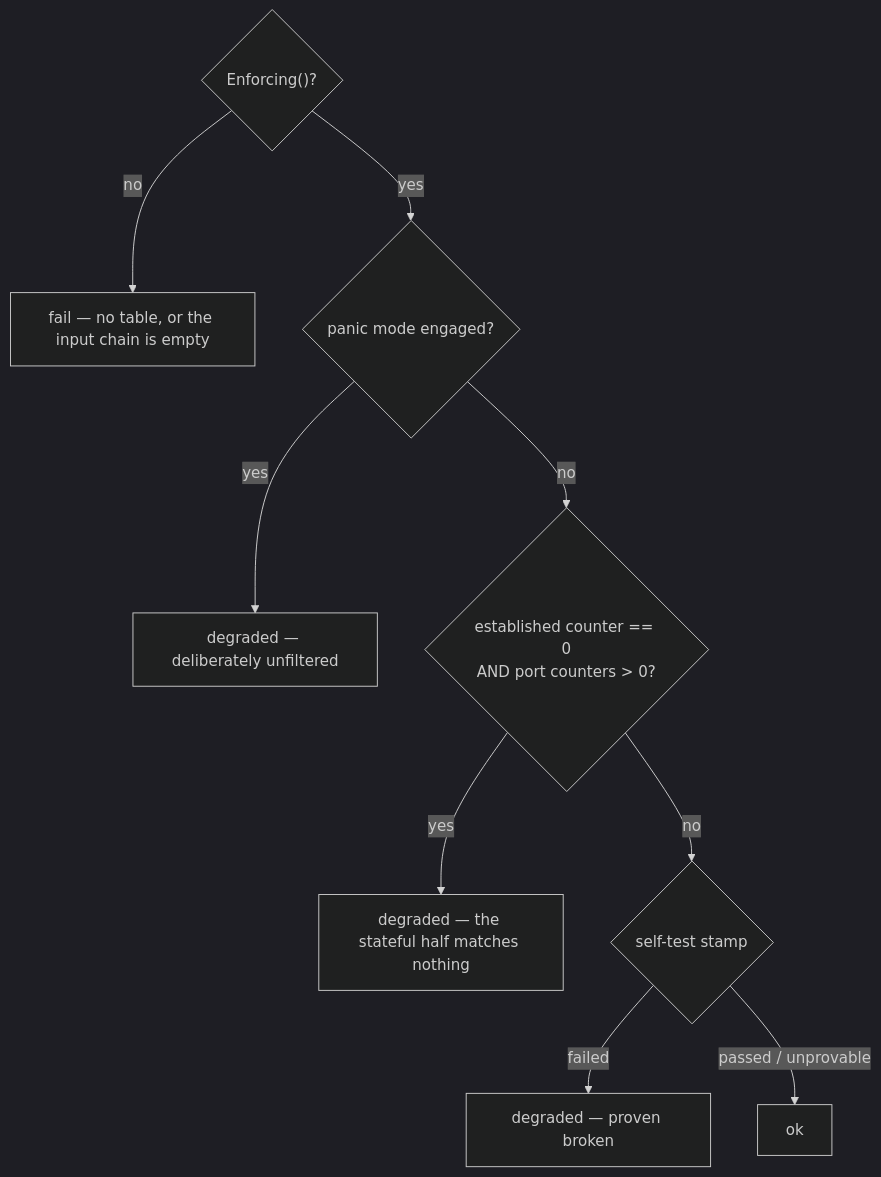
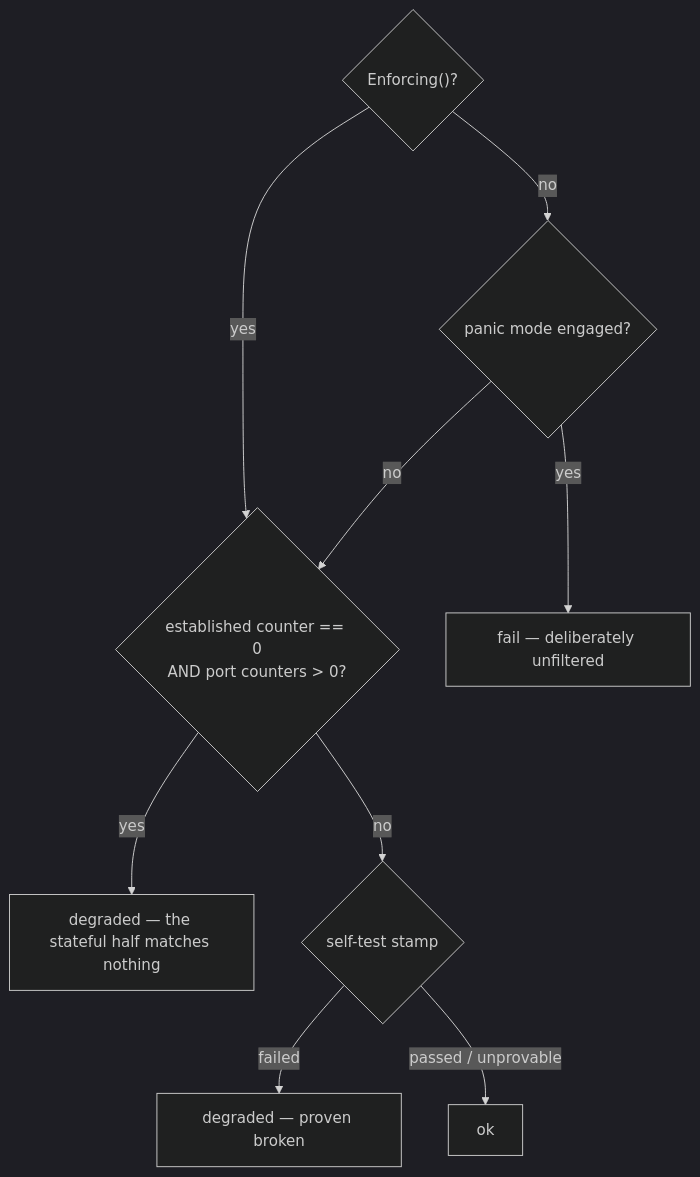
The diagram in docs-tech/specs/2026-09-08-2.17-it-proves-what-it-says.md (jp1337/easywall), drawn with Mermaid (dark theme) before and after one commit. The commit also changed other lines of this file and 1 other file, not shown here.

````diff
--- a/docs-tech/specs/2026-09-08-2.17-it-proves-what-it-says.md
+++ b/docs-tech/specs/2026-09-08-2.17-it-proves-what-it-says.md
@@ -64,12 +64,12 @@
 ```mermaid
 flowchart TD
     E{"Enforcing()?"}
-    E -- no --> F["fail — no table, or the input chain is empty"]
-    E -- yes --> P{"panic mode engaged?"}
-    P -- yes --> D1["degraded — deliberately unfiltered"]
+    E -- no --> P{"panic mode engaged?"}
+    E -- yes --> C
+    P -- yes --> D1["fail — deliberately unfiltered"]
     P -- no --> C{"established counter == 0<br/>AND port counters > 0?"}
     C -- yes --> D2["degraded — the stateful half matches nothing"]
     C -- no --> S{"self-test stamp"}
     S -- failed --> D3["degraded — proven broken"]
     S -- "passed / unprovable" --> OK["ok"]
 ```
````
